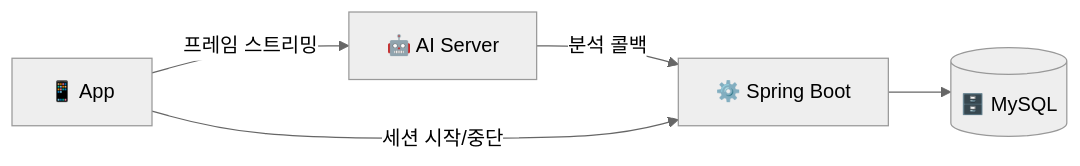
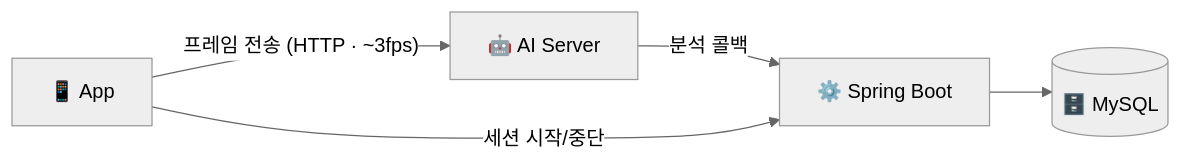
One commit to Shadowfit/.github changed the second of 5 diagrams in profile/README.md. Above: the diagram before and after it, drawn with Mermaid (neutral theme). The commit also changed other lines of this file, not shown here.

First line of the commit message:
docs: 「프레임 스트리밍」을 실제 동작으로 고치고, AI 가 만들어내는 데이터 양을 적는다

````diff
--- a/profile/README.md
+++ b/profile/README.md
@@ -86,12 +86,12 @@
 ```mermaid
 graph LR
     FE["📱 App"]
     AI["🤖 AI Server"]
     BE["⚙️ Spring Boot"]
     DB[("🗄️ MySQL")]
 
-    FE -- "프레임 스트리밍" --> AI
+    FE -- "프레임 전송 (HTTP · ~3fps)" --> AI
     AI -- "분석 콜백" --> BE
     FE -- "세션 시작/중단" --> BE
     BE --> DB
 ```
````
